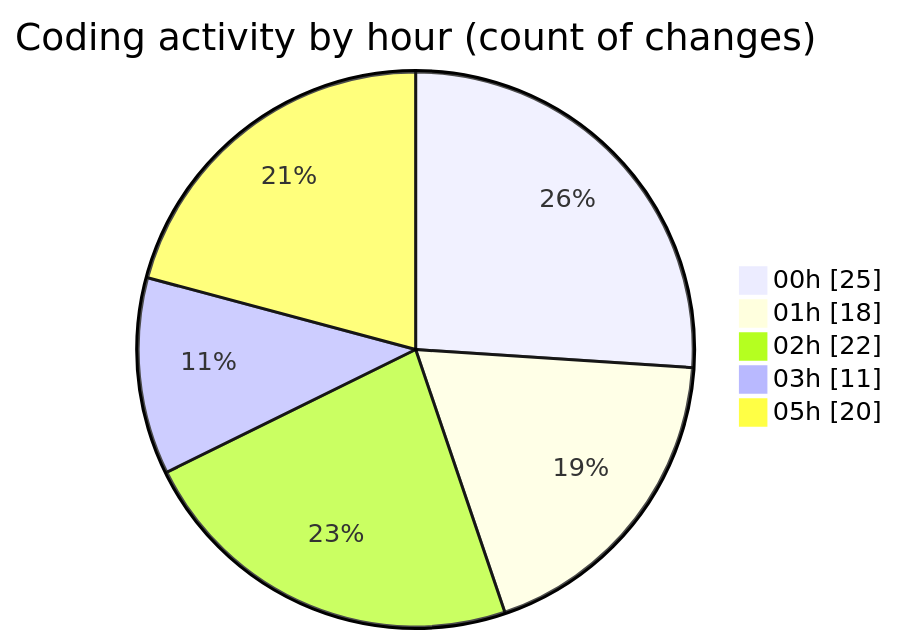
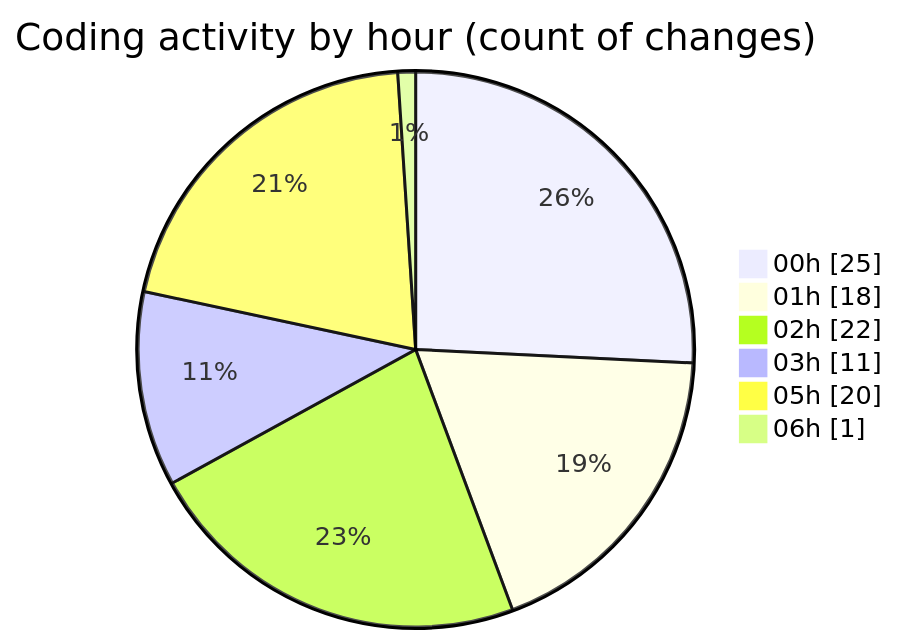
One commit to EIIisD/code-tracking changed the second of 2 diagrams in 2025-07-18/ribbon/README.md. Above: the diagram before and after it, drawn with Mermaid. The commit also changed other lines of this file and 1 other file, not shown here.

````diff
--- a/2025-07-18/ribbon/README.md
+++ b/2025-07-18/ribbon/README.md
@@ -40,9 +40,10 @@
 ```mermaid
 pie showData
 title Coding activity by hour (count of changes)
 "00h" : 25
 "01h" : 18
 "02h" : 22
 "03h" : 11
 "05h" : 20
+"06h" : 1
 ```
````
